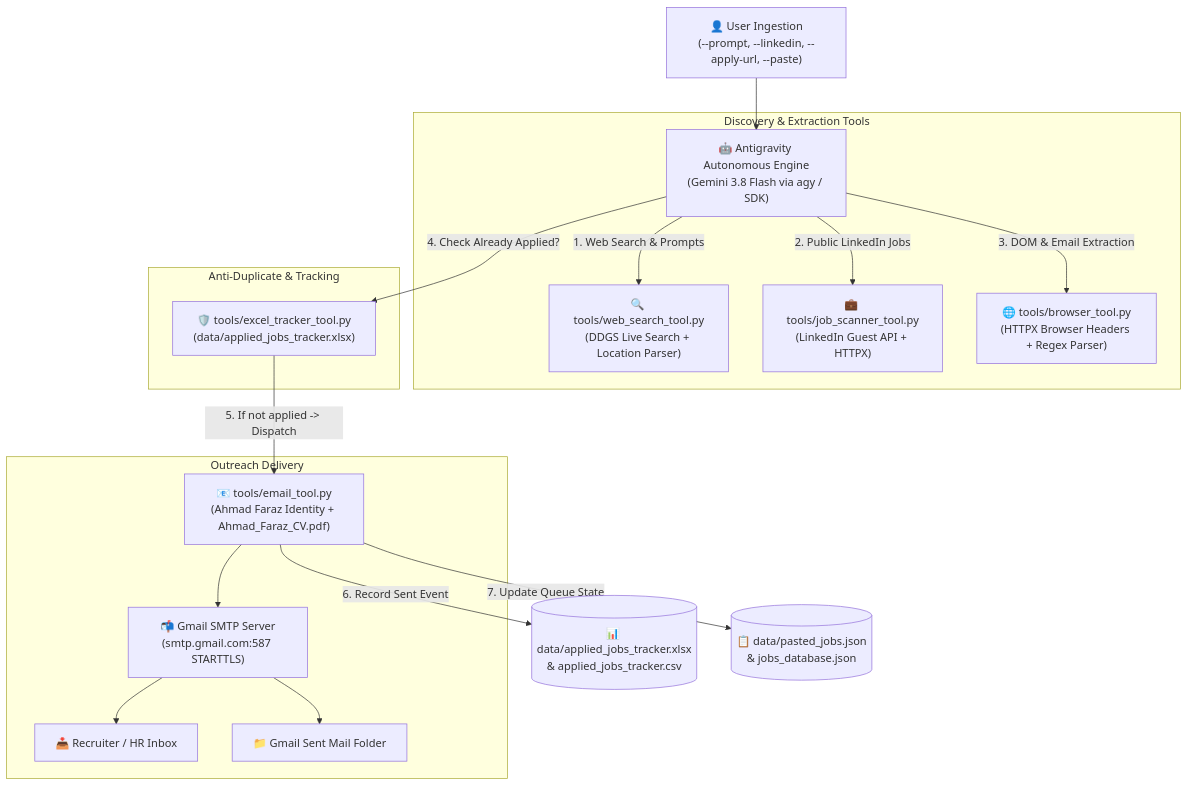
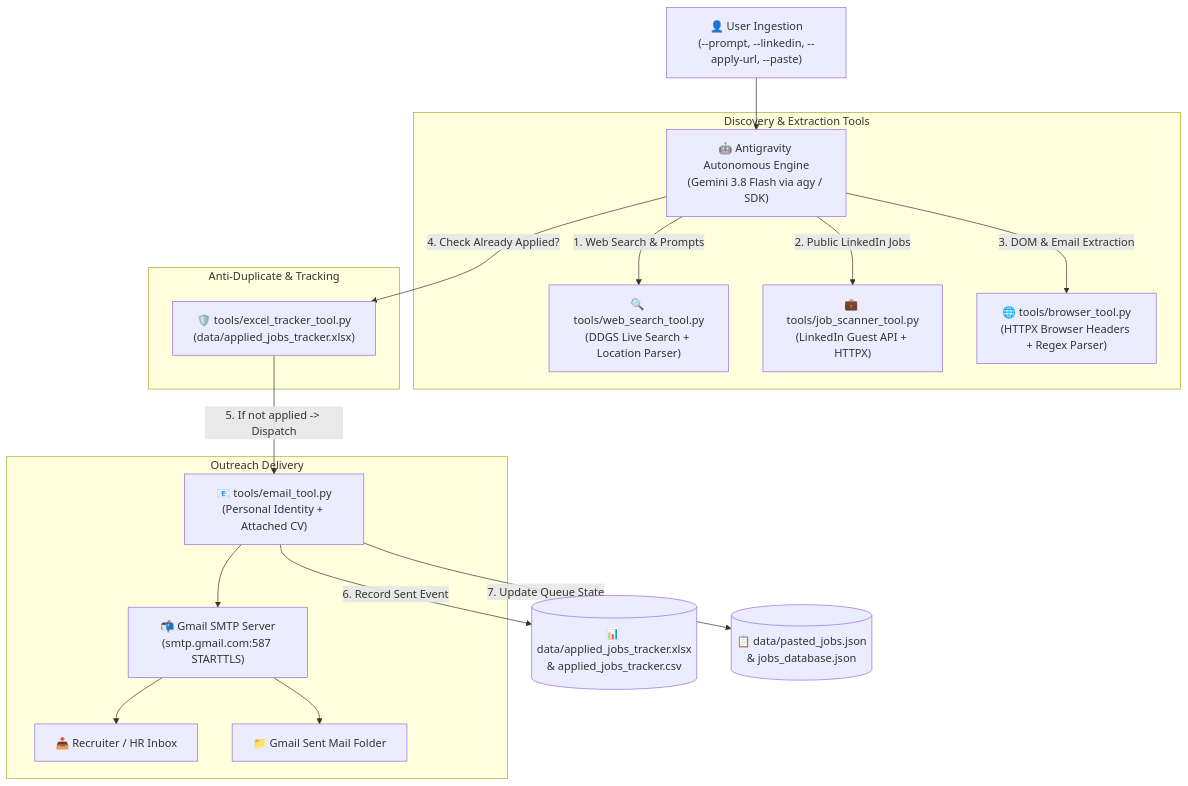
Before and after one commit to ahmadfaraz2/agentic-job-applier: the diagram in README.md, drawn with Mermaid. The commit also changed other lines of this file and 5 other files, not shown here.

````diff
--- a/README.md
+++ b/README.md
@@ -23,24 +23,24 @@
 ```mermaid
 flowchart TD
     User["👤 User Ingestion<br/>(--prompt, --linkedin, --apply-url, --paste)"] --> Agent["🤖 Antigravity Autonomous Engine<br/>(Gemini 3.8 Flash via agy / SDK)"]
 
     subgraph Discovery & Extraction Tools
         Agent -->|1. Web Search & Prompts| ToolWeb["🔍 tools/web_search_tool.py<br/>(DDGS Live Search + Location Parser)"]
         Agent -->|2. Public LinkedIn Jobs| ToolLI["💼 tools/job_scanner_tool.py<br/>(LinkedIn Guest API + HTTPX)"]
         Agent -->|3. DOM & Email Extraction| ToolBrowse["🌐 tools/browser_tool.py<br/>(HTTPX Browser Headers + Regex Parser)"]
     end
 
     subgraph Anti-Duplicate & Tracking
         Agent -->|4. Check Already Applied?| Guard["🛡️ tools/excel_tracker_tool.py<br/>(data/applied_jobs_tracker.xlsx)"]
     end
 
     subgraph Outreach Delivery
-        Guard -->|5. If not applied -> Dispatch| ToolSMTP["📧 tools/email_tool.py<br/>(Ahmad Faraz Identity + Ahmad_Faraz_CV.pdf)"]
+        Guard -->|5. If not applied -> Dispatch| ToolSMTP["📧 tools/email_tool.py<br/>(Personal Identity + Attached CV)"]
         ToolSMTP --> Gmail["📬 Gmail SMTP Server<br/>(smtp.gmail.com:587 STARTTLS)"]
         Gmail --> Recipient["📥 Recruiter / HR Inbox"]
         Gmail --> SentFolder["📁 Gmail Sent Mail Folder"]
     end
 
     ToolSMTP -->|6. Record Sent Event| ExcelLog[("📊 data/applied_jobs_tracker.xlsx<br/>& applied_jobs_tracker.csv")]
     ToolSMTP -->|7. Update Queue State| Queue[("📋 data/pasted_jobs.json<br/>& jobs_database.json")]
 ```
````
